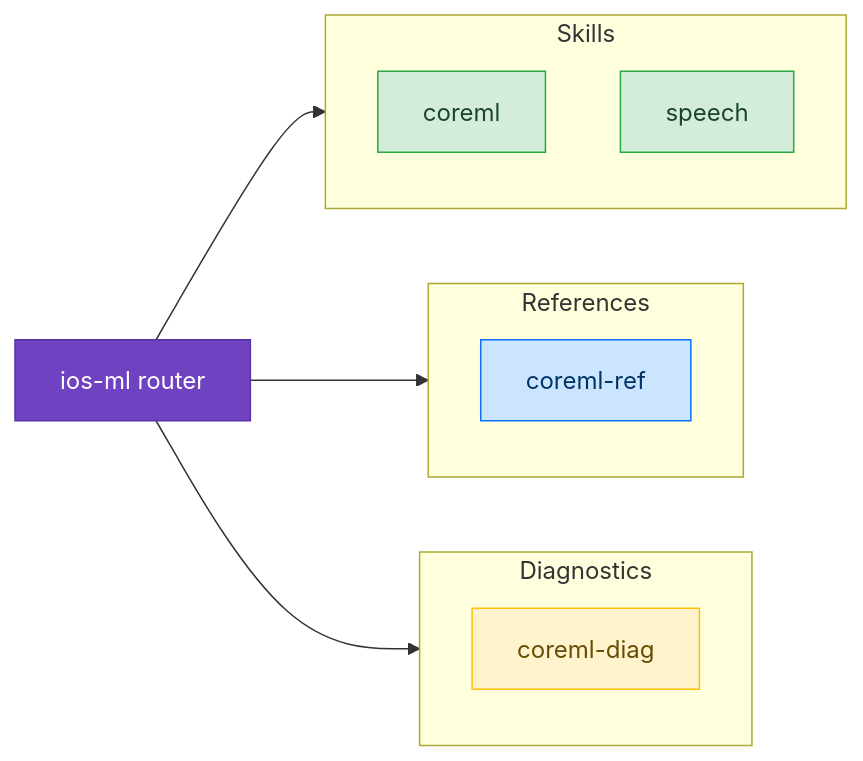
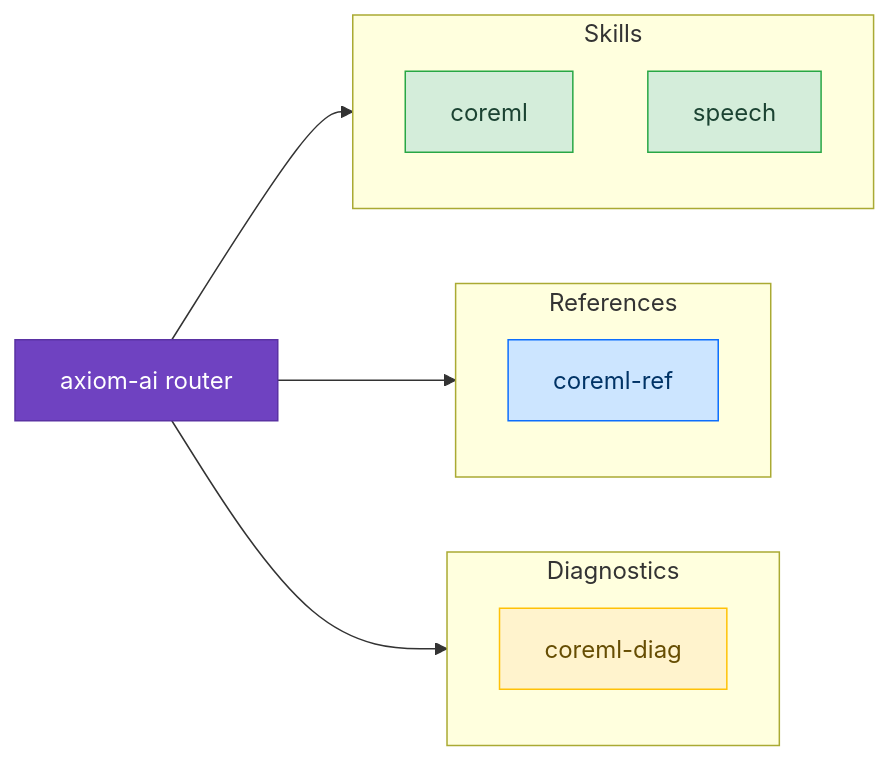
The diagram in docs/skills/machine-learning/index.md (CharlesWiltgen/Axiom), drawn with Mermaid before and after one commit. The commit also changed 11 other files, not shown here.

First line of the commit message:
fix(docs): replace all stale ios-* references with axiom-* names

````diff
--- a/docs/skills/machine-learning/index.md
+++ b/docs/skills/machine-learning/index.md
@@ -5,25 +5,25 @@
 ```mermaid
 flowchart LR
     classDef router fill:#6f42c1,stroke:#5a32a3,color:#fff
     classDef discipline fill:#d4edda,stroke:#28a745,color:#1b4332
     classDef reference fill:#cce5ff,stroke:#0d6efd,color:#003366
     classDef diagnostic fill:#fff3cd,stroke:#ffc107,color:#664d03
 
-    axiom_ios_ml["ios-ml router"]:::router
+    axiom_ai["axiom-ai router"]:::router
 
     subgraph skills_d["Skills"]
         coreml["coreml"]:::discipline
         speech["speech"]:::discipline
     end
-    axiom_ios_ml --> skills_d
+    axiom_ai --> skills_d
 
     subgraph skills_r["References"]
         coreml_ref["coreml-ref"]:::reference
     end
-    axiom_ios_ml --> skills_r
+    axiom_ai --> skills_r
 
     subgraph skills_diag["Diagnostics"]
         coreml_diag["coreml-diag"]:::diagnostic
     end
-    axiom_ios_ml --> skills_diag
+    axiom_ai --> skills_diag
 ```
````
